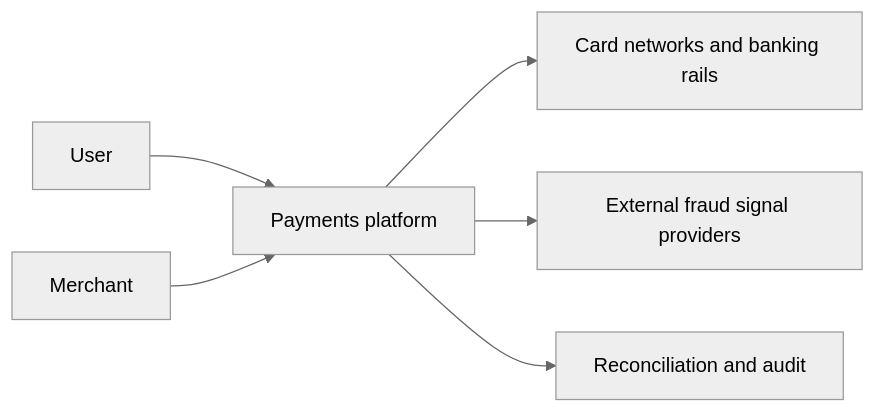
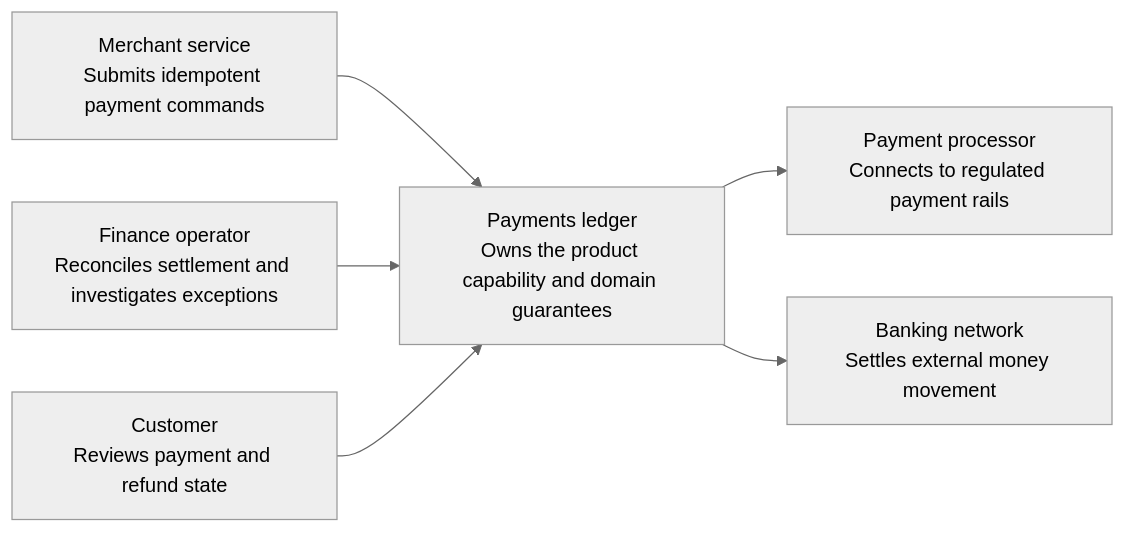
One commit to navaidya/learning changed the first of 5 diagrams in content/system-design/17-payments-ledger.md. Above: the diagram before and after it, drawn with Mermaid (neutral theme). The commit also changed other lines of this file and 49 other files, not shown here.

````diff
--- a/content/system-design/17-payments-ledger.md
+++ b/content/system-design/17-payments-ledger.md
@@ -34,10 +53,11 @@
 ```mermaid
 flowchart LR
   accTitle: Payments ledger system context
-  accDescr: Merchants and users initiate transfers through the platform, which integrates with card networks, banking rails, and fraud data providers.
-  User --> Platform[Payments platform]
-  Merchant --> Platform
-  Platform --> Networks[Card networks and banking rails]
-  Platform --> FraudData[External fraud signal providers]
-  Platform --> Auditor[Reconciliation and audit]
+  accDescr: Human and system actors use Payments ledger, which integrates with explicitly bounded external capabilities.
+  A1["Merchant service<br/>Submits idempotent payment commands"] --> System
+  A2["Finance operator<br/>Reconciles settlement and investigates exceptions"] --> System
+  A3["Customer<br/>Reviews payment and refund state"] --> System
+  System["Payments ledger<br/>Owns the product capability and domain guarantees"]
+  System --> E1["Payment processor<br/>Connects to regulated payment rails"]
+  System --> E2["Banking network<br/>Settles external money movement"]
 ```
````
